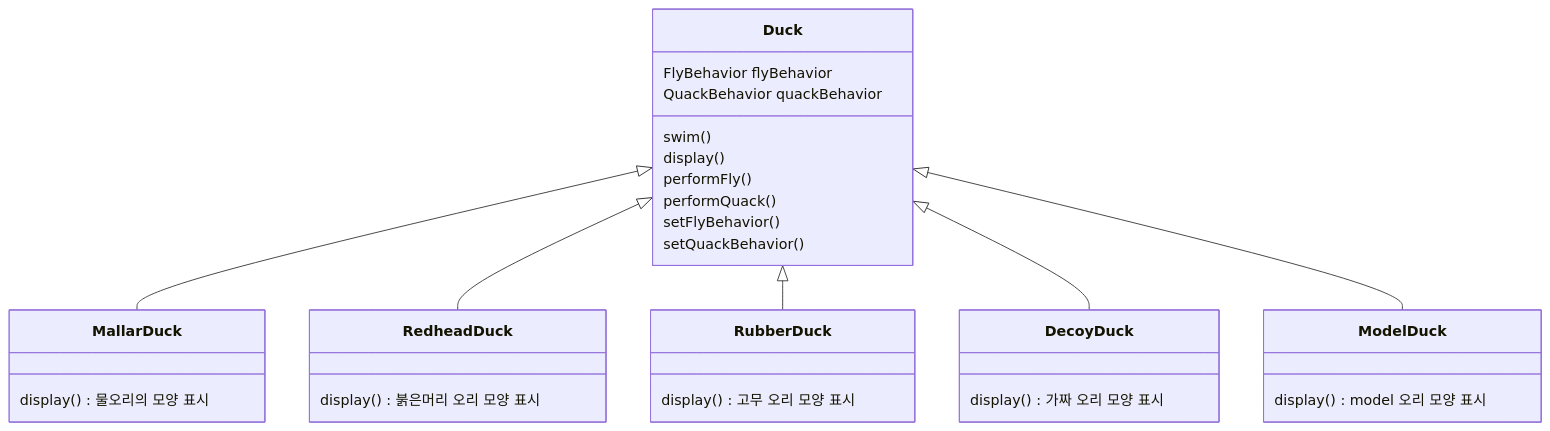
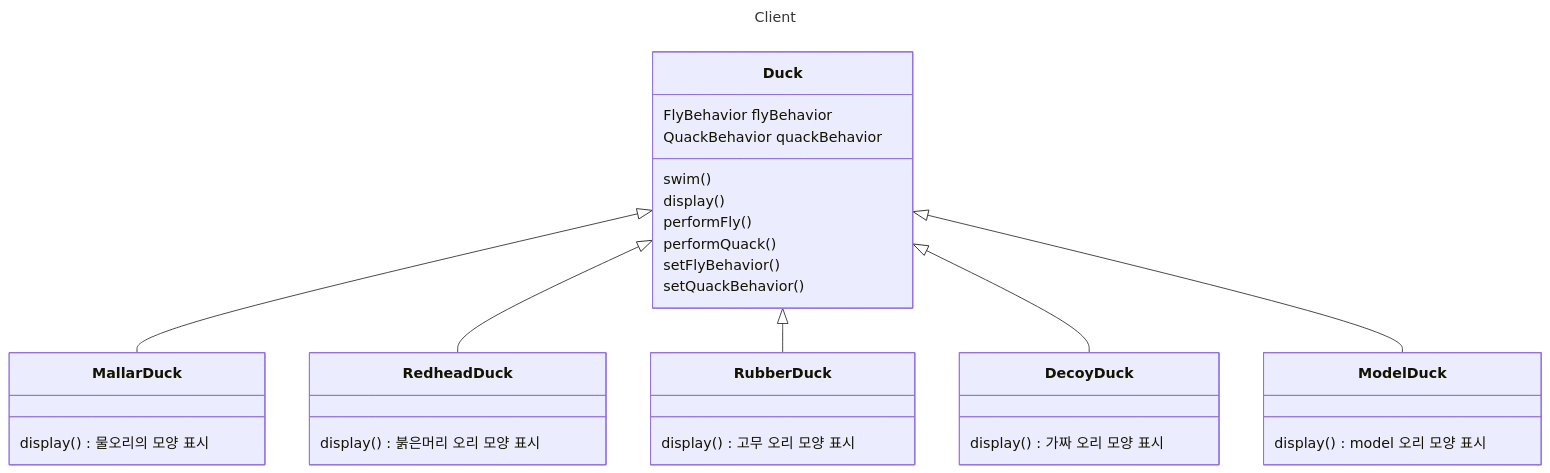
The third of 5 diagrams in _notes/design-pattern/strategy-pattern.md (choesimin/choesimin.github.io), drawn with Mermaid before and after one commit. The commit also changed other lines of this file and 5 other files, not shown here.

````diff
--- a/_notes/design-pattern/strategy-pattern.md
+++ b/_notes/design-pattern/strategy-pattern.md
@@ -117,40 +148,44 @@
 ```mermaid
+---
+title: Client
+---
+
 classDiagram
 
 class Duck {
     FlyBehavior flyBehavior
     QuackBehavior quackBehavior
     swim()
     display()
     performFly()
     performQuack()
     setFlyBehavior()
     setQuackBehavior()
 }
 
 class MallarDuck {
     display() 물오리의 모양 표시
 }
 
 class RedheadDuck {
     display() 붉은머리 오리 모양 표시
 }
 
 class RubberDuck {
     display() 고무 오리 모양 표시
 }
 
 class DecoyDuck {
     display() 가짜 오리 모양 표시
 }
 
 class ModelDuck {
     display() model 오리 모양 표시
 }
 
 Duck <|-- MallarDuck
 Duck <|-- RedheadDuck
 Duck <|-- RubberDuck
 Duck <|-- DecoyDuck
 Duck <|-- ModelDuck
 ```
````
